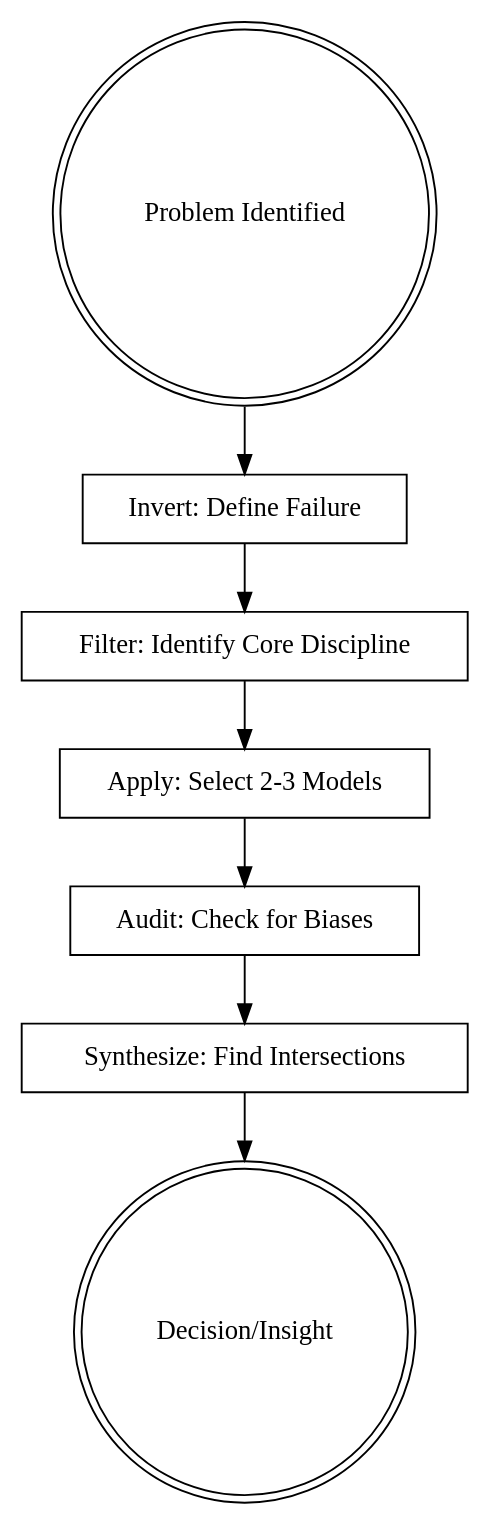
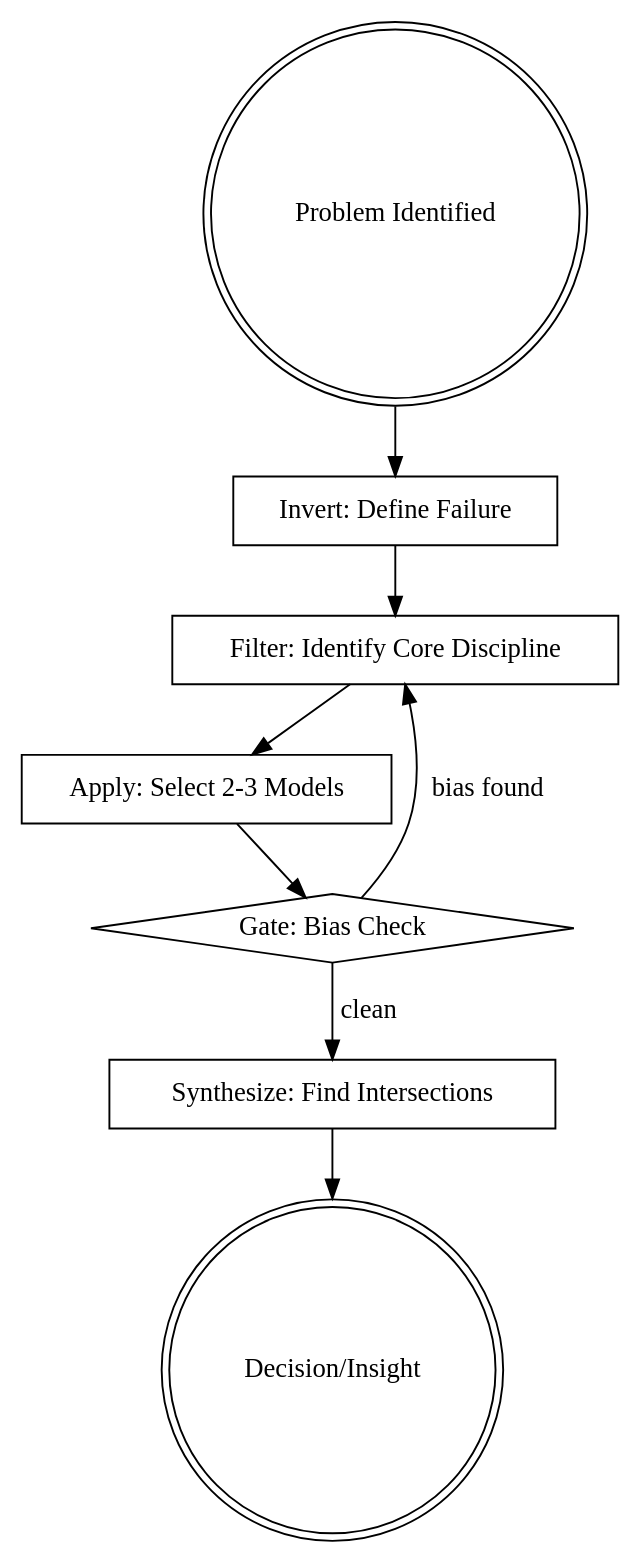
Before and after one commit to JoelLewis/skill-library: the diagram in plugins/meta/skills/mental-model-library/SKILL.md, drawn with Graphviz. The commit also changed other lines of this file and 27 other files, not shown here.

````diff
--- a/plugins/meta/skills/mental-model-library/SKILL.md
+++ b/plugins/meta/skills/mental-model-library/SKILL.md
@@ -27,18 +27,19 @@
 ```dot
 digraph mental_model_flow {
     "Problem Identified" [shape=doublecircle];
     "Invert: Define Failure" [shape=box];
     "Filter: Identify Core Discipline" [shape=box];
     "Apply: Select 2-3 Models" [shape=box];
-    "Audit: Check for Biases" [shape=box];
+    "Gate: Bias Check" [shape=diamond];
     "Synthesize: Find Intersections" [shape=box];
     "Decision/Insight" [shape=doublecircle];
 
     "Problem Identified" -> "Invert: Define Failure";
     "Invert: Define Failure" -> "Filter: Identify Core Discipline";
     "Filter: Identify Core Discipline" -> "Apply: Select 2-3 Models";
-    "Apply: Select 2-3 Models" -> "Audit: Check for Biases";
-    "Audit: Check for Biases" -> "Synthesize: Find Intersections";
+    "Apply: Select 2-3 Models" -> "Gate: Bias Check";
+    "Gate: Bias Check" -> "Synthesize: Find Intersections" [label="clean"];
+    "Gate: Bias Check" -> "Filter: Identify Core Discipline" [label="bias found"];
     "Synthesize: Find Intersections" -> "Decision/Insight";
 }
 ```
````
